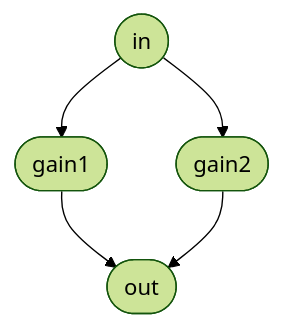
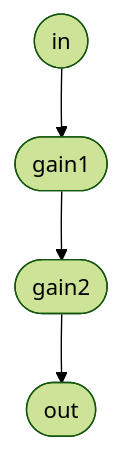
The diagram in docs/Cmaj Quick Start.md (cmajor-lang/cmajor), drawn with Mermaid (forest theme) before and after one commit.

Commit message:
Docs: Updating Gain Example to be in series

````diff
--- a/docs/Cmaj Quick Start.md
+++ b/docs/Cmaj Quick Start.md
@@ -133,7 +133,6 @@
 ```mermaid
 graph TD;
     A(["in"])-->B(["gain1"]);
-    A-->C(["gain2"]);
-    B-->D(["out"]);
-    C-->D;
+    B-->C(["gain2"]);
+    C-->D(["out"]);
 ```
````
